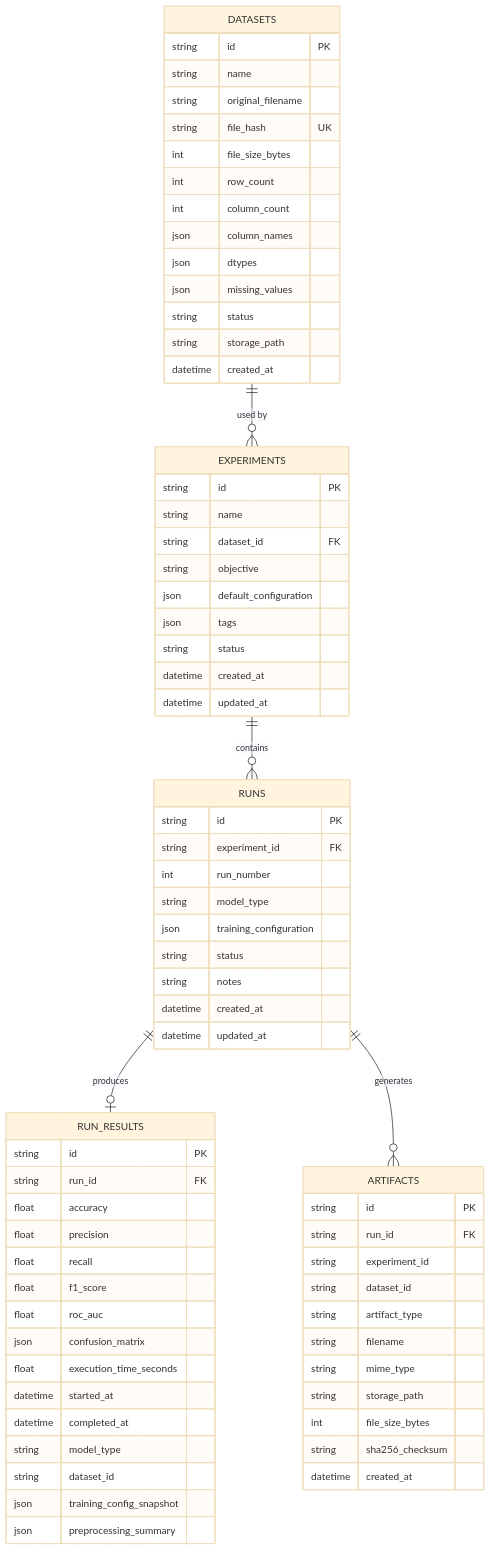
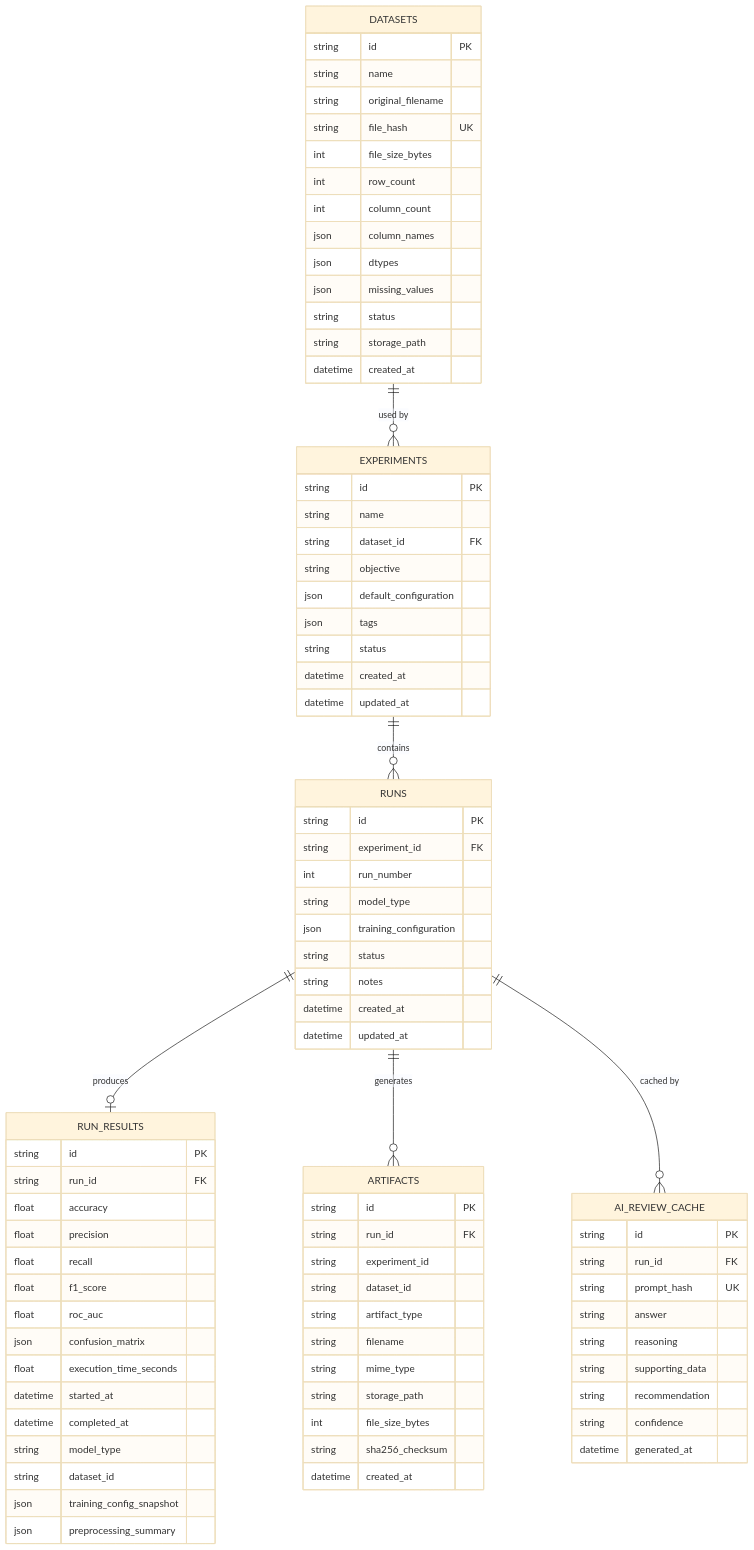
One commit to Mohitingale13/microflow-ml-platform changed the fourth of 4 diagrams in README.md. Above: the diagram before and after it, drawn with Mermaid (base theme). The commit also changed other lines of this file and 19 other files, not shown here.

````diff
--- a/README.md
+++ b/README.md
@@ -489,8 +565,21 @@
         datetime created_at
     }
 
+    AI_REVIEW_CACHE {
+        string id PK
+        string run_id FK
+        string prompt_hash UK
+        string answer
+        string reasoning
+        string supporting_data
+        string recommendation
+        string confidence
+        datetime generated_at
+    }
+
     DATASETS ||--o{ EXPERIMENTS : "used by"
     EXPERIMENTS ||--o{ RUNS : "contains"
     RUNS ||--o| RUN_RESULTS : "produces"
     RUNS ||--o{ ARTIFACTS : "generates"
+    RUNS ||--o{ AI_REVIEW_CACHE : "cached by"
 ```
````
